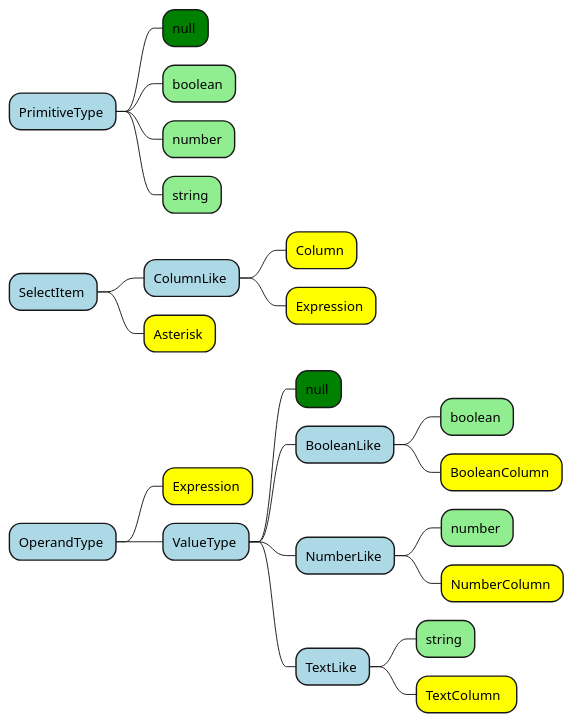
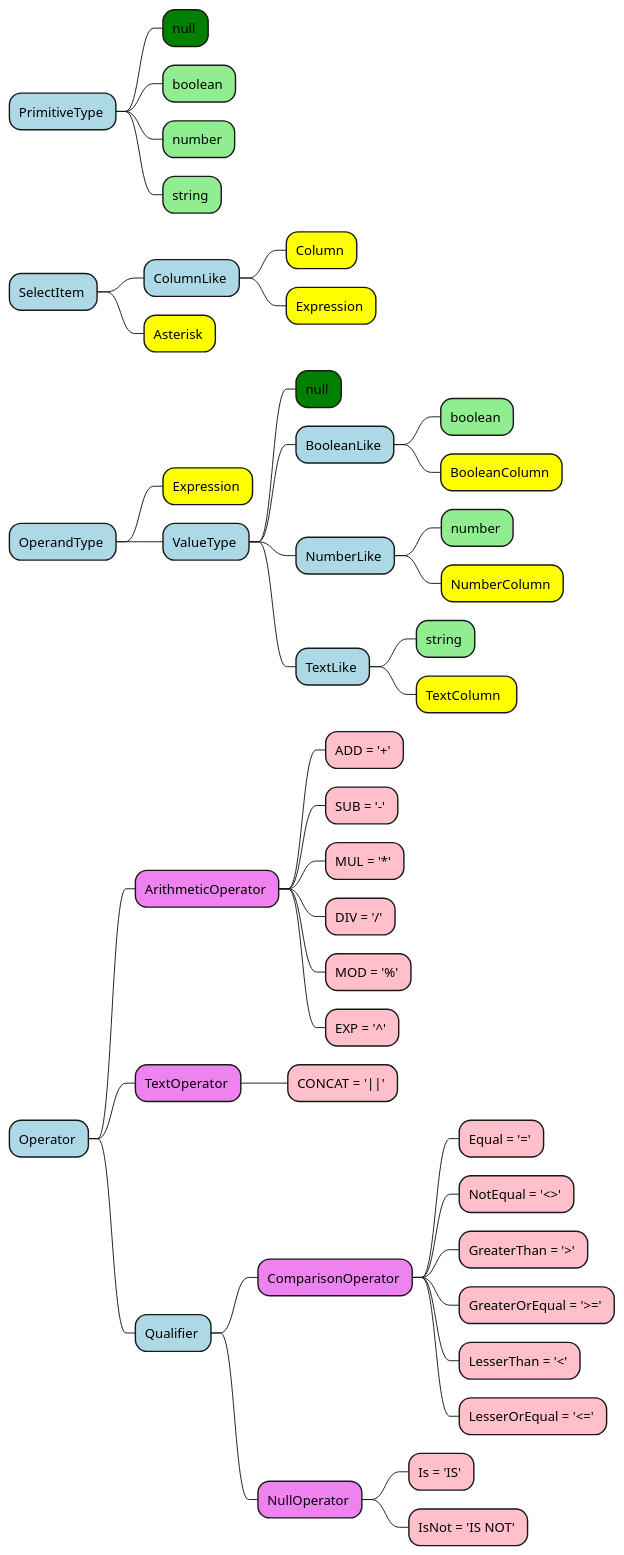
The diagram in doc/Types.puml (amerharb/sedk), drawn with PlantUML before and after one commit. The commit also changed 1 other file, not shown here.

Commit message:
add Operators enum to types doc

```diff
--- a/doc/Types.puml
+++ b/doc/Types.puml
@@ -1,46 +1,74 @@
 @startmindmap
 
 <style>
 mindmapDiagram {
   .primitive {
     BackgroundColor lightgreen
   }
   .type {
     BackgroundColor #lightblue
   }
   .class {
     BackgroundColor #yellow
   }
   .null {
     BackgroundColor #green
+  }
+  .enum {
+    BackgroundColor #violet
+  }
+  .enumItem {
+    BackgroundColor #pink
   }
 }
 </style>
 
 * PrimitiveType <<type>>
 ** null <<null>>
 ** boolean <<primitive>>
 ** number <<primitive>>
 ** string <<primitive>>
 
 * SelectItem <<type>>
 ** ColumnLike <<type>>
 *** Column <<class>>
 *** Expression <<class>>
 ** Asterisk <<class>>
 
 * OperandType <<type>>
 ** Expression <<class>>
 ** ValueType <<type>>
 *** null <<null>>
 *** BooleanLike <<type>>
 **** boolean <<primitive>>
 **** BooleanColumn <<class>>
 *** NumberLike <<type>>
 **** number <<primitive>>
 **** NumberColumn <<class>>
 *** TextLike <<type>>
 **** string <<primitive>>
 **** TextColumn  <<class>>
 
+* Operator <<type>>
+** ArithmeticOperator <<enum>>
+*** ADD = '+' <<enumItem>>
+*** SUB = '-' <<enumItem>>
+*** MUL = '*' <<enumItem>>
+*** DIV = '/' <<enumItem>>
+*** MOD = '%' <<enumItem>>
+*** EXP = '^' <<enumItem>>
+** TextOperator <<enum>>
+*** CONCAT = '||' <<enumItem>>
+** Qualifier <<type>>
+*** ComparisonOperator <<enum>>
+**** Equal = '=' <<enumItem>>
+**** NotEqual = '<>' <<enumItem>>
+**** GreaterThan = '>' <<enumItem>>
+**** GreaterOrEqual = '>=' <<enumItem>>
+**** LesserThan = '<' <<enumItem>>
+**** LesserOrEqual = '<=' <<enumItem>>
+*** NullOperator <<enum>>
+**** Is = 'IS' <<enumItem>>
+**** IsNot = 'IS NOT' <<enumItem>>
+
 @endmindmap
```
